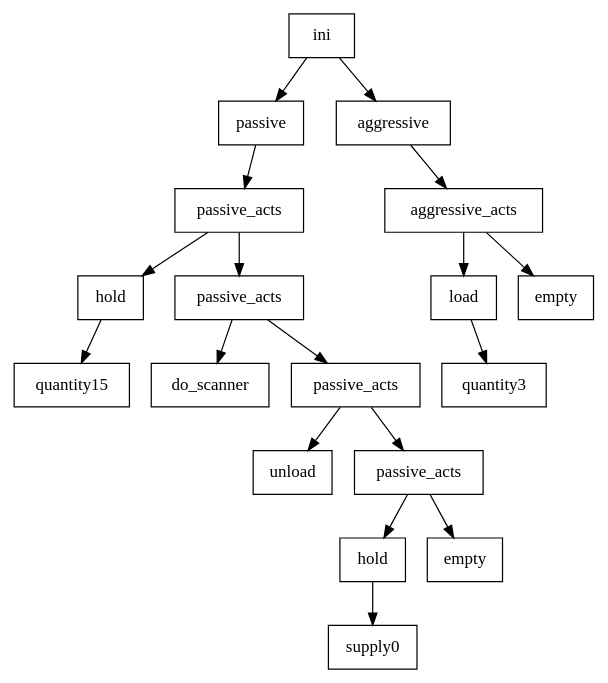
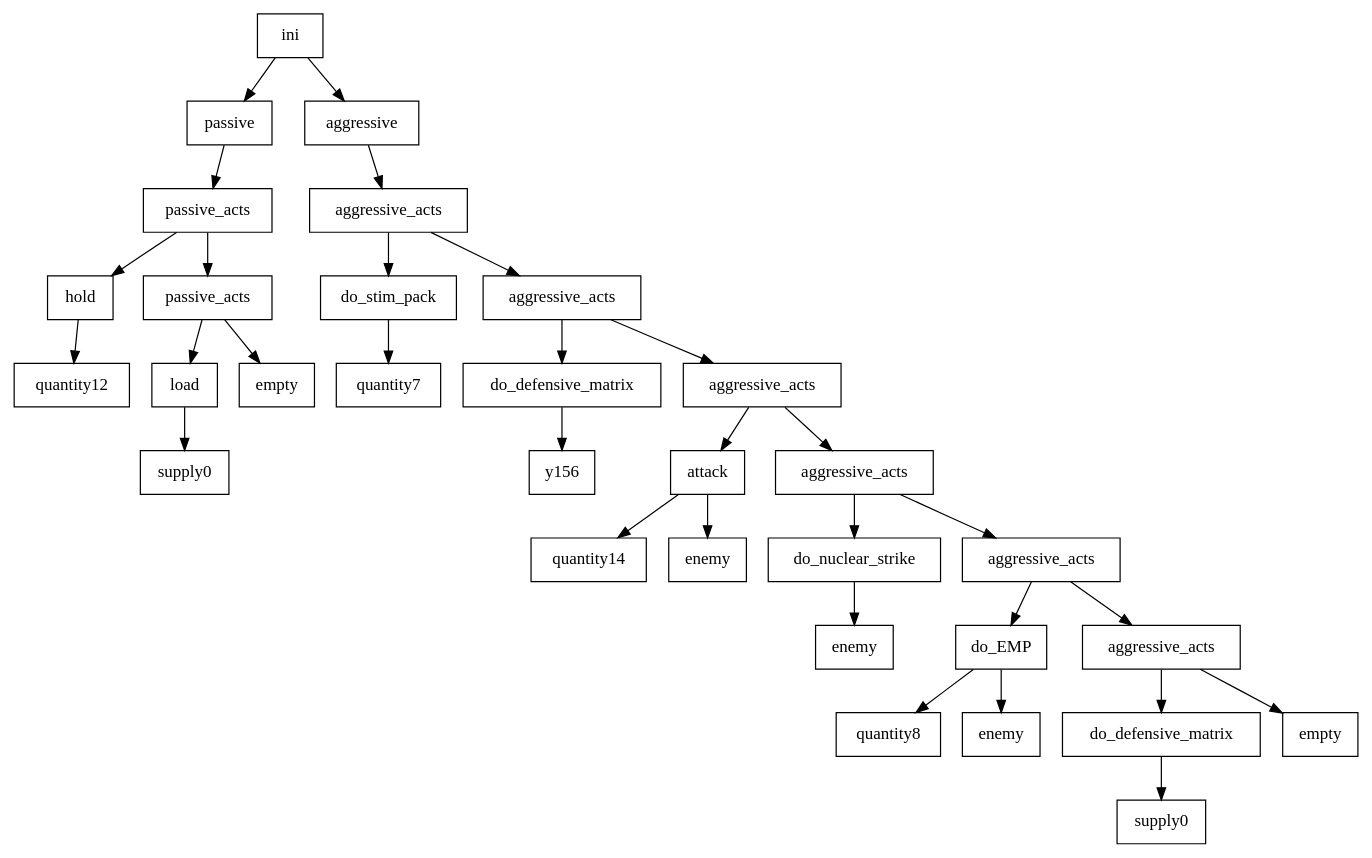
The diagram in GPBot/file2.dot (cryogenic-dreams/StarCraft-GPBot), drawn with Graphviz before and after one commit. The commit also changed 41 other files, not shown here.

```diff
--- a/GPBot/file2.dot
+++ b/GPBot/file2.dot
@@ -1,39 +1,65 @@
 digraph g {
 graph [ordering=out];
 node [shape=rectangle];
 n[label = "ini"];
 n0[label = "passive"];
 n00[label = "passive_acts"];
 n000[label = "hold"];
-n0000[label = "quantity15"];
+n0000[label = "quantity12"];
 n000 -> n0000;
 n00 -> n000;
 n001[label = "passive_acts"];
-n0010[label = "do_scanner"];
+n0010[label = "load"];
+n00100[label = "supply0"];
+n0010 -> n00100;
 n001 -> n0010;
-n0011[label = "passive_acts"];
-n00110[label = "unload"];
-n0011 -> n00110;
-n00111[label = "passive_acts"];
-n001110[label = "hold"];
-n0011100[label = "supply0"];
-n001110 -> n0011100;
-n00111 -> n001110;
-n001111[label = "empty"];
-n00111 -> n001111;
-n0011 -> n00111;
+n0011[label = "empty"];
 n001 -> n0011;
 n00 -> n001;
 n0 -> n00;
 n -> n0;
 n1[label = "aggressive"];
 n10[label = "aggressive_acts"];
-n100[label = "load"];
-n1000[label = "quantity3"];
+n100[label = "do_stim_pack"];
+n1000[label = "quantity7"];
 n100 -> n1000;
 n10 -> n100;
-n101[label = "empty"];
+n101[label = "aggressive_acts"];
+n1010[label = "do_defensive_matrix"];
+n10100[label = "y156"];
+n1010 -> n10100;
+n101 -> n1010;
+n1011[label = "aggressive_acts"];
+n10110[label = "attack"];
+n101100[label = "quantity14"];
+n10110 -> n101100;
+n101101[label = "enemy"];
+n10110 -> n101101;
+n1011 -> n10110;
+n10111[label = "aggressive_acts"];
+n101110[label = "do_nuclear_strike"];
+n1011100[label = "enemy"];
+n101110 -> n1011100;
+n10111 -> n101110;
+n101111[label = "aggressive_acts"];
+n1011110[label = "do_EMP"];
+n10111100[label = "quantity8"];
+n1011110 -> n10111100;
+n10111101[label = "enemy"];
+n1011110 -> n10111101;
+n101111 -> n1011110;
+n1011111[label = "aggressive_acts"];
+n10111110[label = "do_defensive_matrix"];
+n101111100[label = "supply0"];
+n10111110 -> n101111100;
+n1011111 -> n10111110;
+n10111111[label = "empty"];
+n1011111 -> n10111111;
+n101111 -> n1011111;
+n10111 -> n101111;
+n1011 -> n10111;
+n101 -> n1011;
 n10 -> n101;
 n1 -> n10;
 n -> n1;
 }
```
